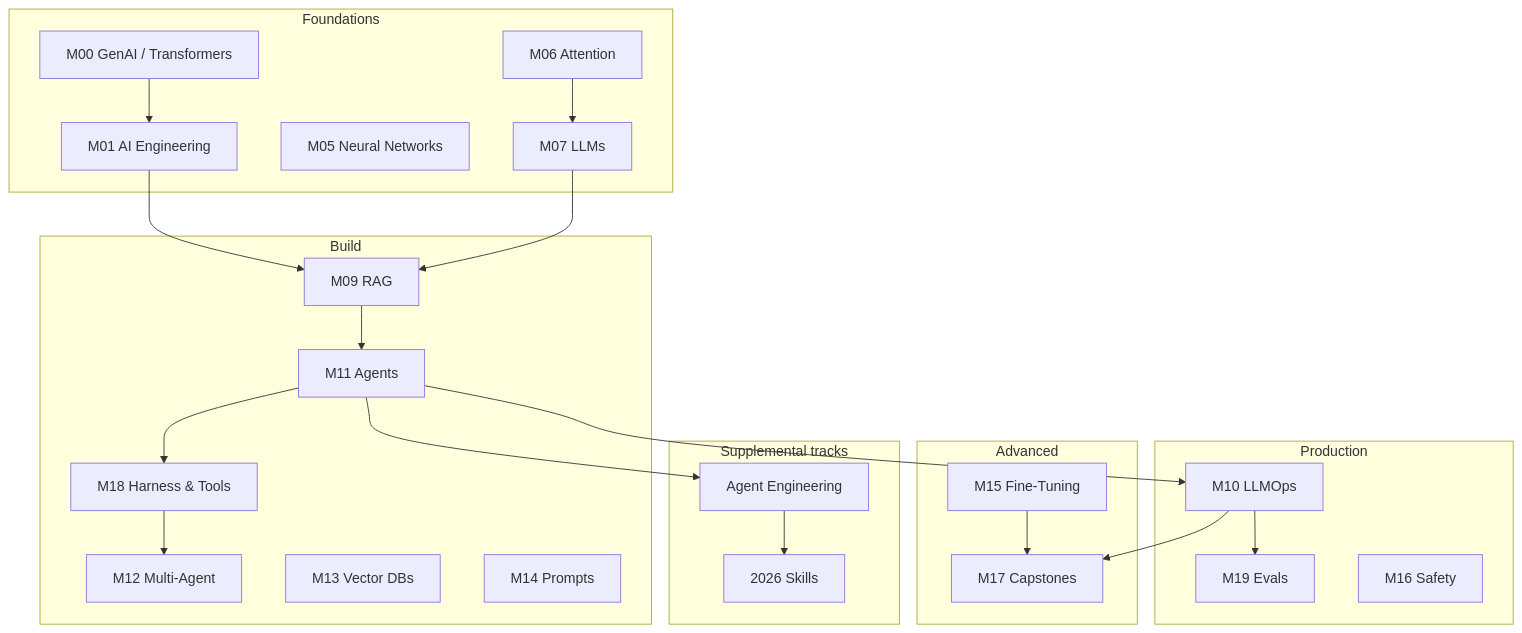
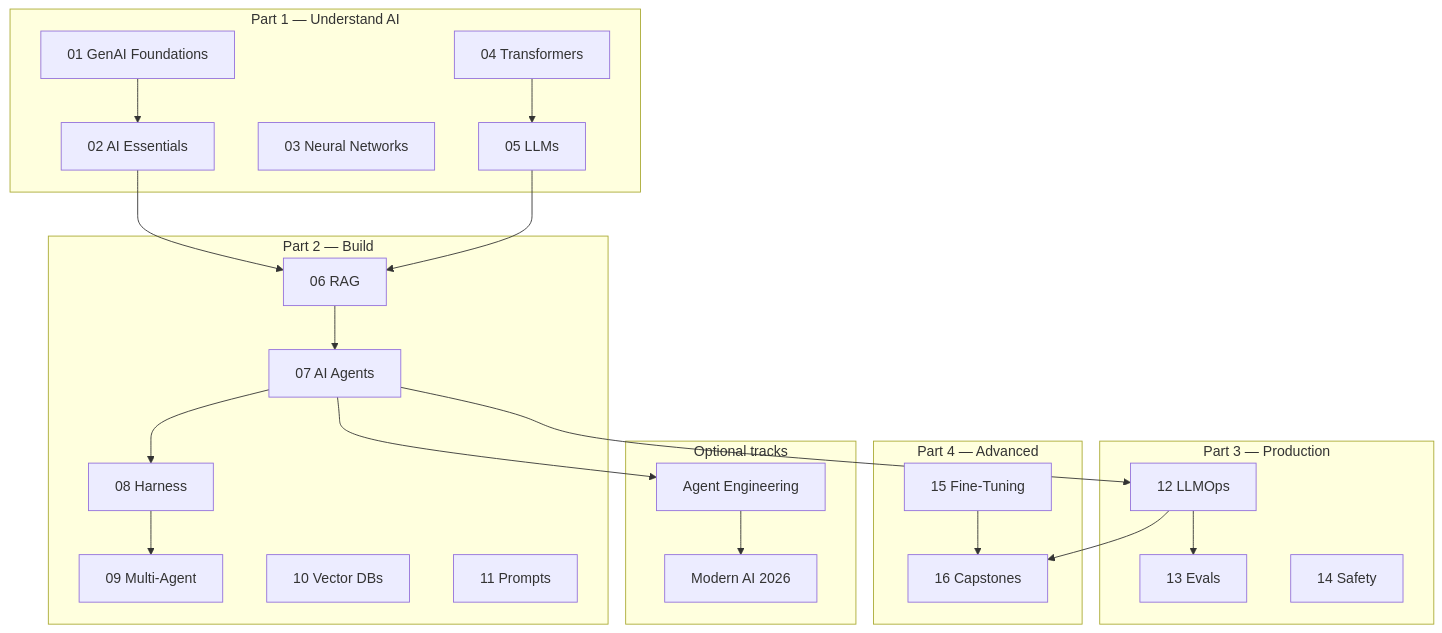
One commit to psssnikhil/learn-ai-engineering changed the diagram in docs/topic-map.md. Above: the diagram before and after it, drawn with Mermaid. The commit also changed other lines of this file and 12 other files, not shown here.

````diff
--- a/docs/topic-map.md
+++ b/docs/topic-map.md
@@ -22,39 +22,39 @@
 ```mermaid
 flowchart TB
-  subgraph F["Foundations"]
-    M00[M00 GenAI / Transformers]
-    M01[M01 AI Engineering]
-    M05[M05 Neural Networks]
-    M06[M06 Attention]
-    M07[M07 LLMs]
+  subgraph P1["Part 1 — Understand AI"]
+    C01[01 GenAI Foundations]
+    C02[02 AI Essentials]
+    C03[03 Neural Networks]
+    C04[04 Transformers]
+    C05[05 LLMs]
   end
-  subgraph B["Build"]
-    M09[M09 RAG]
-    M11[M11 Agents]
-    M18[M18 Harness & Tools]
-    M12[M12 Multi-Agent]
-    M13[M13 Vector DBs]
-    M14[M14 Prompts]
+  subgraph P2["Part 2 — Build"]
+    C06[06 RAG]
+    C07[07 AI Agents]
+    C08[08 Harness]
+    C09[09 Multi-Agent]
+    C10[10 Vector DBs]
+    C11[11 Prompts]
   end
-  subgraph P["Production"]
-    M10[M10 LLMOps]
-    M19[M19 Evals]
-    M16[M16 Safety]
+  subgraph P3["Part 3 — Production"]
+    C12[12 LLMOps]
+    C13[13 Evals]
+    C14[14 Safety]
   end
-  subgraph A["Advanced"]
-    M15[M15 Fine-Tuning]
-    M17[M17 Capstones]
+  subgraph P4["Part 4 — Advanced"]
+    C15[15 Fine-Tuning]
+    C16[16 Capstones]
   end
-  subgraph T["Supplemental tracks"]
+  subgraph T["Optional tracks"]
     AE[Agent Engineering]
-    SK[2026 Skills]
+    SK[Modern AI 2026]
   end
-  M00 --> M01 --> M09
-  M06 --> M07 --> M09
-  M09 --> M11 --> M18 --> M12
-  M11 --> M10 --> M19
-  M10 --> M17
-  M15 --> M17
-  M11 --> AE
+  C01 --> C02 --> C06
+  C04 --> C05 --> C06
+  C06 --> C07 --> C08 --> C09
+  C07 --> C12 --> C13
+  C12 --> C16
+  C15 --> C16
+  C07 --> AE
   AE --> SK
 ```
````
